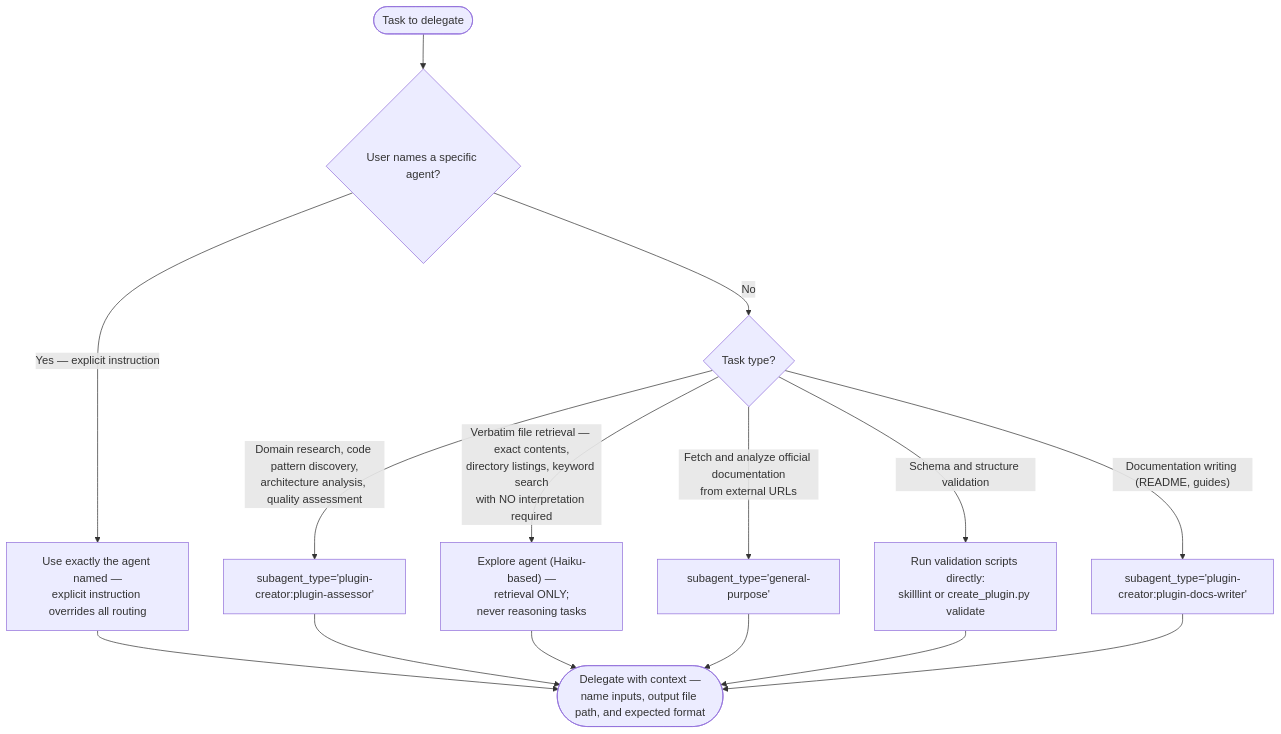
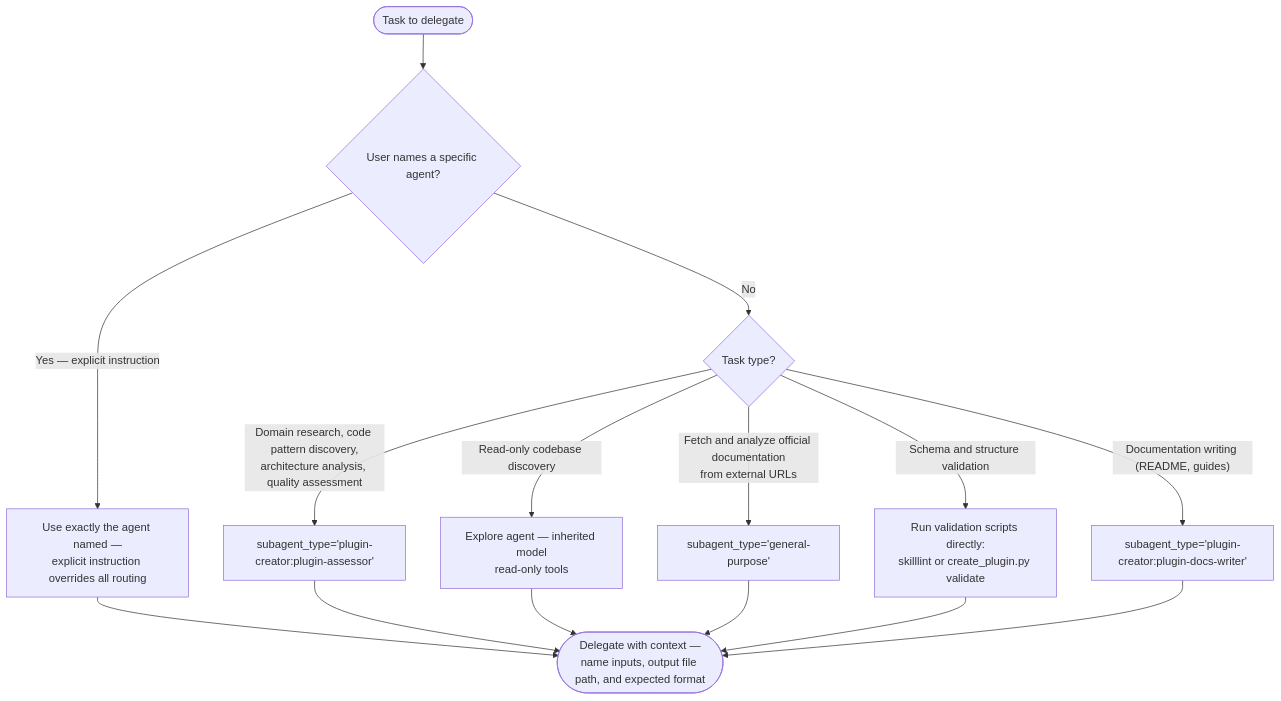
One commit to Jamie-BitFlight/claude_skills changed diagram 11 of 12 in plugins/plugin-creator/skills/plugin-creator/references/workflow-diagram.md. Above: the diagram before and after it, drawn with Mermaid. The commit also changed other lines of this file and 57 other files, not shown here.

````diff
--- a/plugins/plugin-creator/skills/plugin-creator/references/workflow-diagram.md
+++ b/plugins/plugin-creator/skills/plugin-creator/references/workflow-diagram.md
@@ -242,25 +242,25 @@
 ```mermaid
 flowchart TD
     Start(["Task to delegate"]) --> Q1{"User names a specific agent?"}
 
     Q1 -->|"Yes — explicit instruction"| Override["Use exactly the agent named —<br>explicit instruction overrides all routing"]
 
     Q1 -->|"No"| Q2{"Task type?"}
 
     Q2 -->|"Domain research, code pattern discovery,<br>architecture analysis, quality assessment"| Assessor["subagent_type='plugin-creator:plugin-assessor'"]
 
-    Q2 -->|"Verbatim file retrieval — exact contents,<br>directory listings, keyword search<br>with NO interpretation required"| Explore["Explore agent (Haiku-based) —<br>retrieval ONLY;<br>never reasoning tasks"]
+    Q2 -->|"Read-only codebase discovery"| Explore["Explore agent — inherited model<br>read-only tools"]
 
     Q2 -->|"Fetch and analyze official documentation<br>from external URLs"| GP["subagent_type='general-purpose'"]
 
     Q2 -->|"Schema and structure validation"| Scripts["Run validation scripts directly:<br>skilllint or create_plugin.py validate"]
 
     Q2 -->|"Documentation writing (README, guides)"| Docs["subagent_type='plugin-creator:plugin-docs-writer'"]
 
     Override --> Delegate(["Delegate with context —<br>name inputs, output file path, and expected format"])
     Assessor --> Delegate
     Explore --> Delegate
     GP --> Delegate
     Scripts --> Delegate
     Docs --> Delegate
 ```
````
